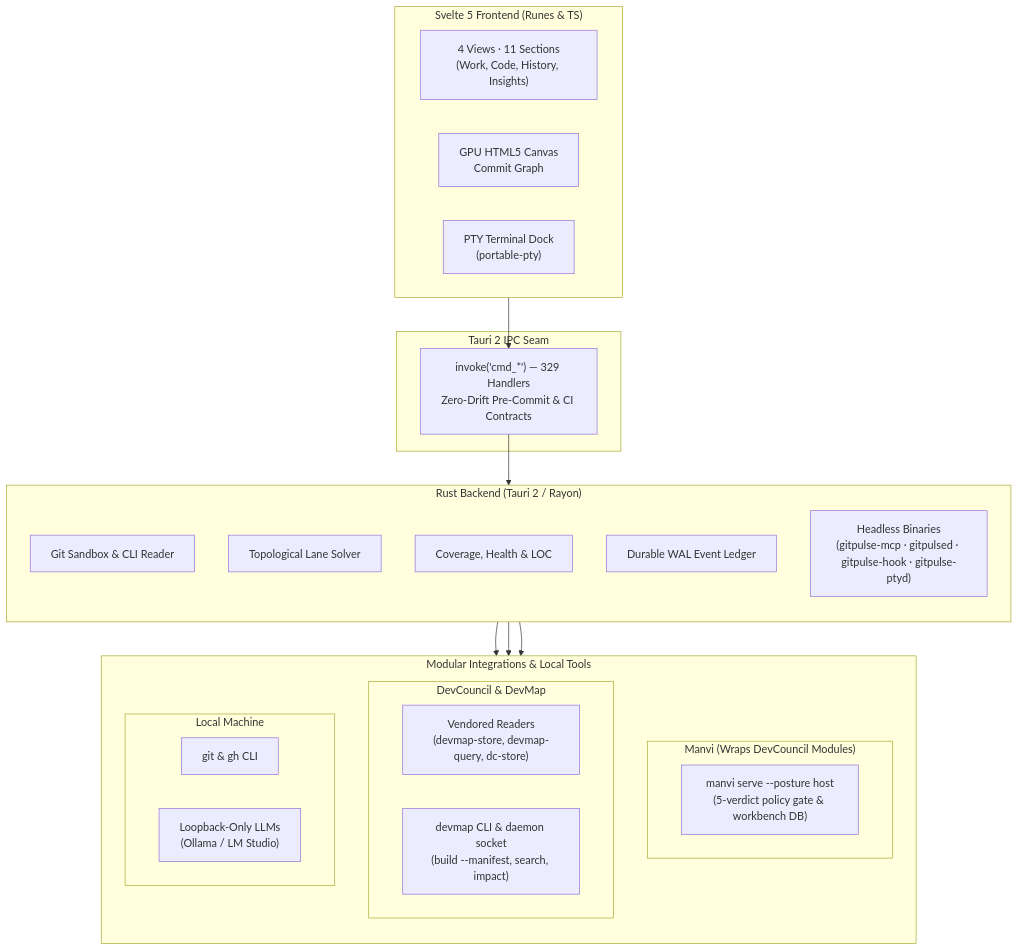
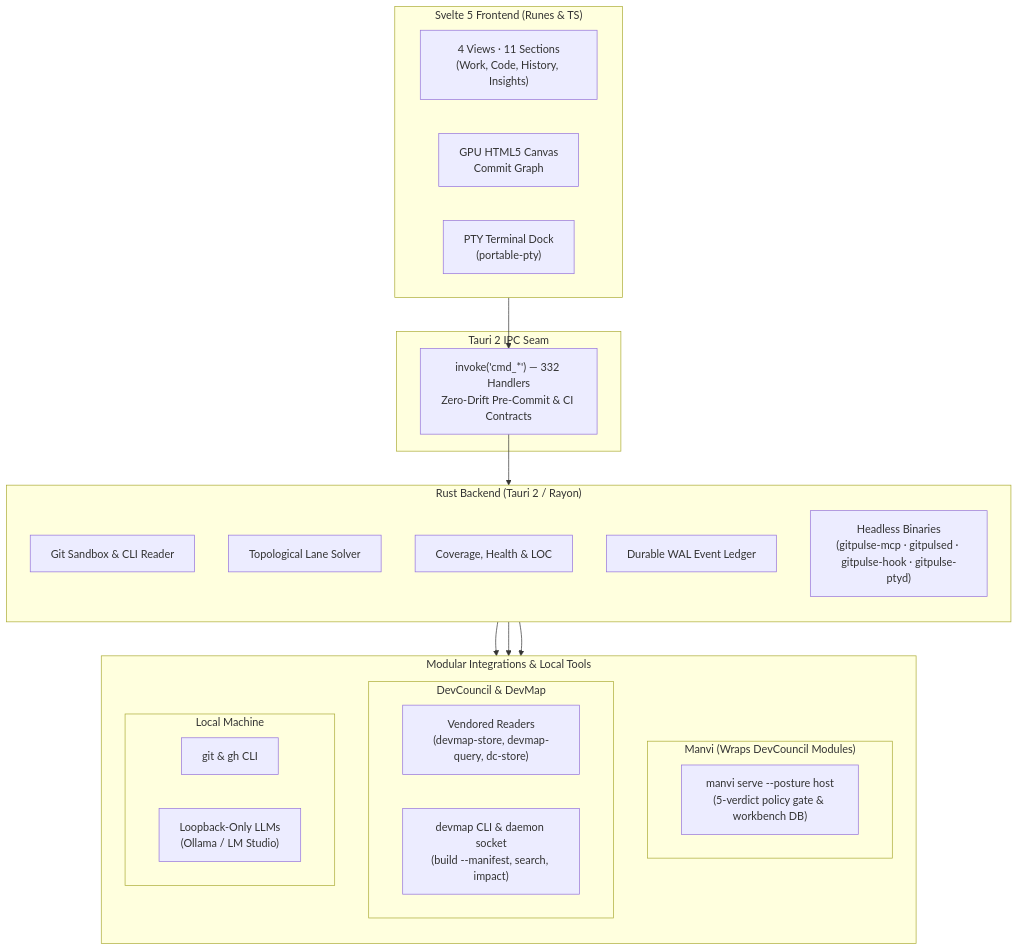
Before and after one commit to bharathvbcr/GitPulse: the diagram in README.md, drawn with Mermaid. The commit also changed 20 other files, not shown here.

````diff
--- a/README.md
+++ b/README.md
@@ -126,43 +126,43 @@
 ```mermaid
 flowchart TB
     subgraph Frontend["Svelte 5 Frontend (Runes & TS)"]
         direction LR
         Views["4 Views · 11 Sections<br/>(Work, Code, History, Insights)"]
         Canvas["GPU HTML5 Canvas<br/>Commit Graph"]
         TerminalDock["PTY Terminal Dock<br/>(portable-pty)"]
     end
 
     subgraph IPC["Tauri 2 IPC Seam"]
-        Bridge["invoke('cmd_*') — 329 Handlers<br/>Zero-Drift Pre-Commit & CI Contracts"]
+        Bridge["invoke('cmd_*') — 332 Handlers<br/>Zero-Drift Pre-Commit & CI Contracts"]
     end
 
     subgraph Backend["Rust Backend (Tauri 2 / Rayon)"]
         direction TB
         GitEngine["Git Sandbox & CLI Reader"]
         LaneSolver["Topological Lane Solver"]
         Analyzers["Coverage, Health & LOC"]
         Ledger["Durable WAL Event Ledger"]
         Headless["Headless Binaries<br/>(gitpulse-mcp · gitpulsed · gitpulse-hook · gitpulse-ptyd)"]
     end
 
     subgraph Integrations["Modular Integrations & Local Tools"]
         direction TB
         subgraph ManviWrap["Manvi (Wraps DevCouncil Modules)"]
             ManviSidecar["manvi serve --posture host<br/>(5-verdict policy gate & workbench DB)"]
         end
         subgraph DevCouncilMods["DevCouncil & DevMap"]
             Vendored["Vendored Readers<br/>(devmap-store, devmap-query, dc-store)"]
             DevMapCLI["devmap CLI & daemon socket<br/>(build --manifest, search, impact)"]
         end
         subgraph LocalTools["Local Machine"]
             CLI["git & gh CLI"]
             LocalLLM["Loopback-Only LLMs<br/>(Ollama / LM Studio)"]
         end
     end
 
     Frontend --> Bridge
     Bridge --> Backend
     Backend --> ManviWrap
     Backend --> DevCouncilMods
     Backend --> LocalTools
 ```
````
